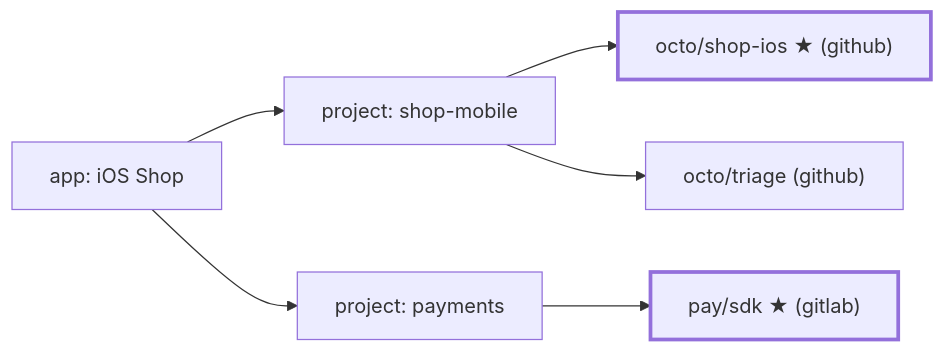
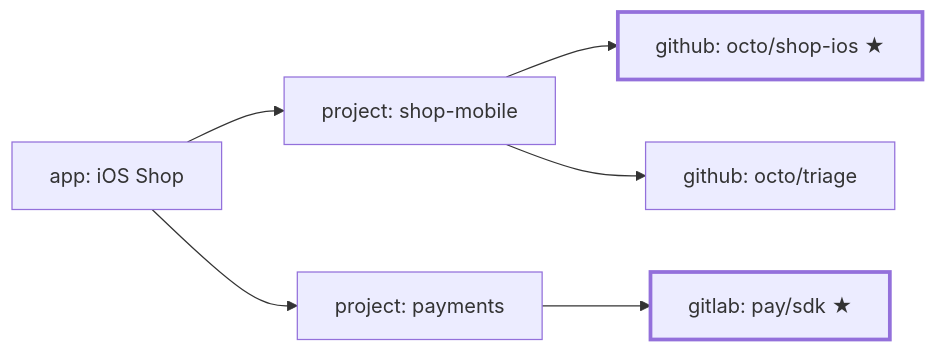
One commit to MicroClub-USTHB/m-Seismo changed the first of 2 diagrams in backend/docs/issue-service.md. Above: the diagram before and after it, drawn with Mermaid. The commit also changed other lines of this file and 12 other files, not shown here.

````diff
--- a/backend/docs/issue-service.md
+++ b/backend/docs/issue-service.md
@@ -96,10 +123,10 @@
 ```mermaid
 flowchart LR
     App["app: iOS Shop"] --> P1["project: shop-mobile"]
     App --> P2["project: payments"]
-    P1 --> R1["octo/shop-ios ★ (github)"]
-    P1 --> R1b["octo/triage (github)"]
-    P2 --> R2["pay/sdk ★ (gitlab)"]
+    P1 --> R1["github: octo/shop-ios ★"]
+    P1 --> R1b["github: octo/triage"]
+    P2 --> R2["gitlab: pay/sdk ★"]
     style R1 stroke-width:3px
     style R2 stroke-width:3px
 ```
````
